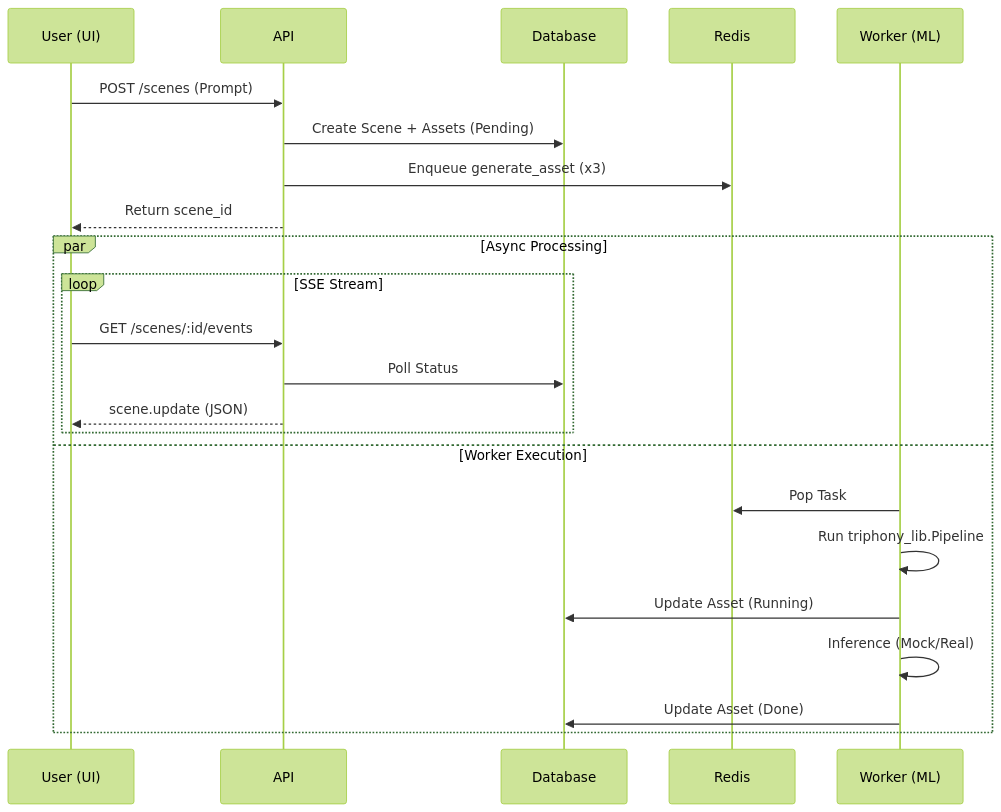
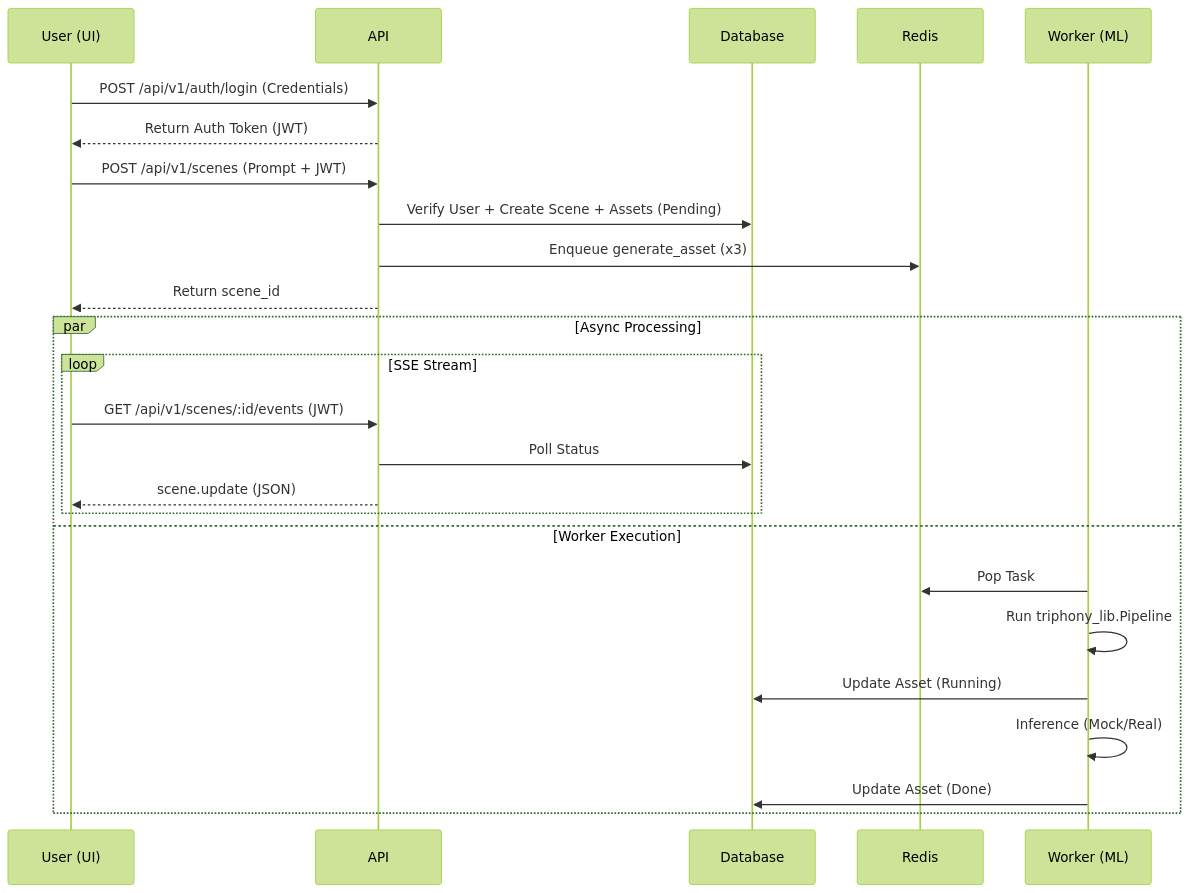
One commit to jordansegoviagonzalez/triphony-ai changed the second of 2 diagrams in docs/architecture.md. Above: the diagram before and after it, drawn with Mermaid (forest theme). The commit also changed other lines of this file and 7 other files, not shown here.

Commit message:
feat: implement real backend auth, jwt, and updated architecture diagrams

````diff
--- a/docs/architecture.md
+++ b/docs/architecture.md
@@ -61,27 +63,30 @@
 ```mermaid
 sequenceDiagram
     participant U as User (UI)
     participant A as API
     participant D as Database
     participant R as Redis
     participant W as Worker (ML)
     
-    U->>A: POST /scenes (Prompt)
-    A->>D: Create Scene + Assets (Pending)
+    U->>A: POST /api/v1/auth/login (Credentials)
+    A-->>U: Return Auth Token (JWT)
+    
+    U->>A: POST /api/v1/scenes (Prompt + JWT)
+    A->>D: Verify User + Create Scene + Assets (Pending)
     A->>R: Enqueue generate_asset (x3)
     A-->>U: Return scene_id
     
     par Async Processing
         loop SSE Stream
-            U->>A: GET /scenes/:id/events
+            U->>A: GET /api/v1/scenes/:id/events (JWT)
             A->>D: Poll Status
             A-->>U: scene.update (JSON)
         end
     and Worker Execution
         W->>R: Pop Task
         W->>W: Run triphony_lib.Pipeline
         W->>D: Update Asset (Running)
         W->>W: Inference (Mock/Real)
         W->>D: Update Asset (Done)
     end
 ```
````
